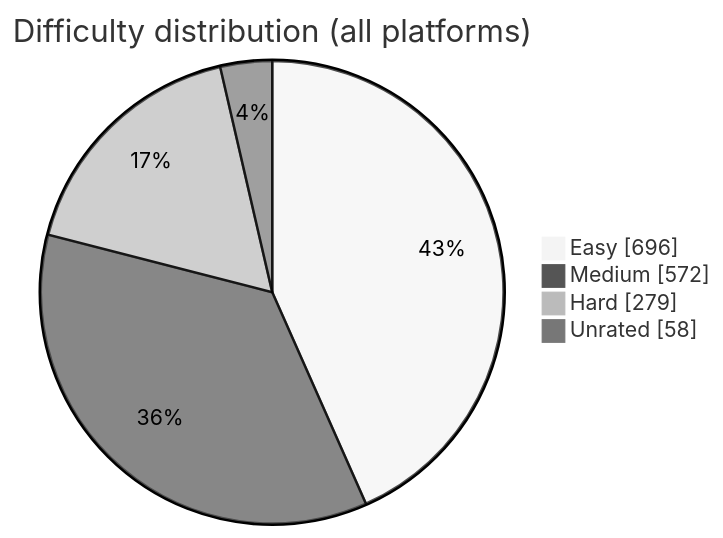
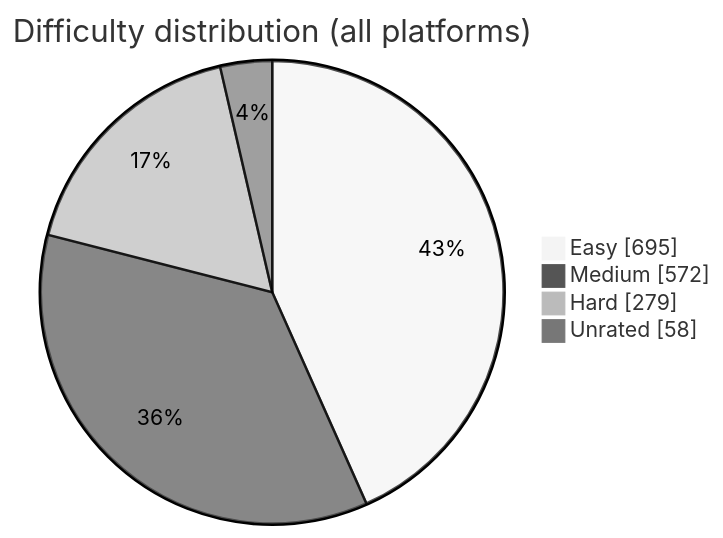
Before and after one commit to BuildbyArindam/Daily-Coding-Log: the diagram in README.md, drawn with Mermaid (neutral theme). The commit also changed other lines of this file, not shown here.

````diff
--- a/README.md
+++ b/README.md
@@ -93,7 +93,7 @@
 ```mermaid
 pie showData title Difficulty distribution (all platforms)
-    "Easy" : 696
+    "Easy" : 695
     "Medium" : 572
     "Hard" : 279
     "Unrated" : 58
 ```
````
